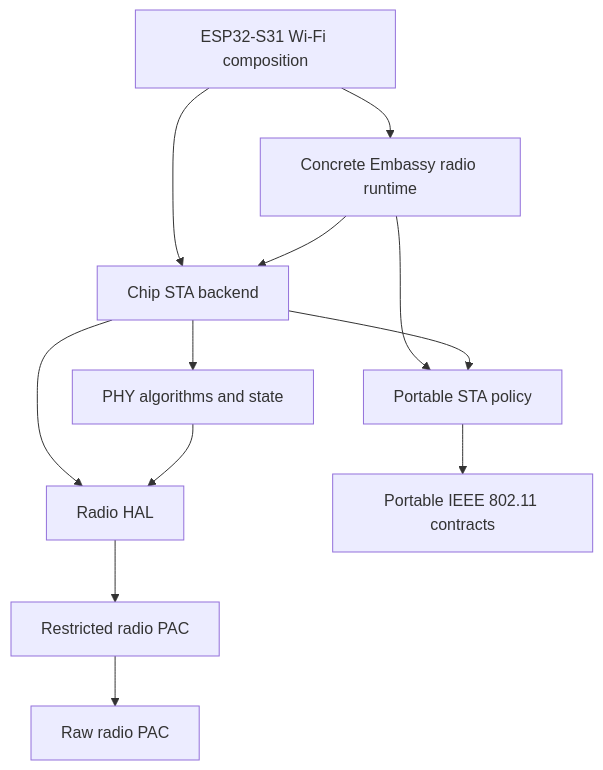
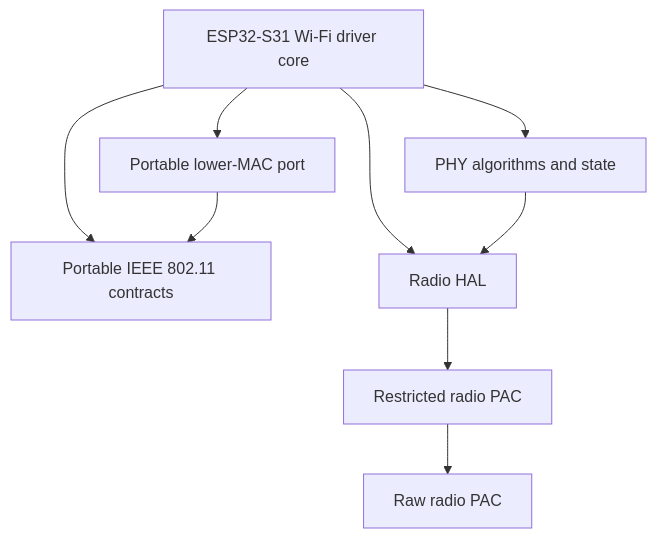
The first of 2 diagrams in docs/architecture.md (ermacv/open-esp-radio-rs), drawn with Mermaid before and after one commit. The commit also changed other lines of this file and 1045 other files, not shown here.

````diff
--- a/docs/architecture.md
+++ b/docs/architecture.md
@@ -782,14 +777,11 @@
 ```mermaid
 flowchart TD
-    Composition["ESP32-S31 Wi-Fi composition"] --> Runtime["Concrete Embassy radio runtime"]
-    Composition --> Chip["Chip STA backend"]
-    Runtime --> Chip
-    Runtime --> STA["Portable STA policy"]
-    Chip --> STA
+    Chip["ESP32-S31 Wi-Fi driver core"] --> LowerMac["Portable lower-MAC port"]
+    Chip --> MAC["Portable IEEE 802.11 contracts"]
+    LowerMac --> MAC
     Chip --> PHY["PHY algorithms and state"]
     Chip --> HAL["Radio HAL"]
-    STA --> MAC["Portable IEEE 802.11 contracts"]
     PHY --> HAL
     HAL --> PAC["Restricted radio PAC"]
     PAC --> Raw["Raw radio PAC"]
 ```
````
